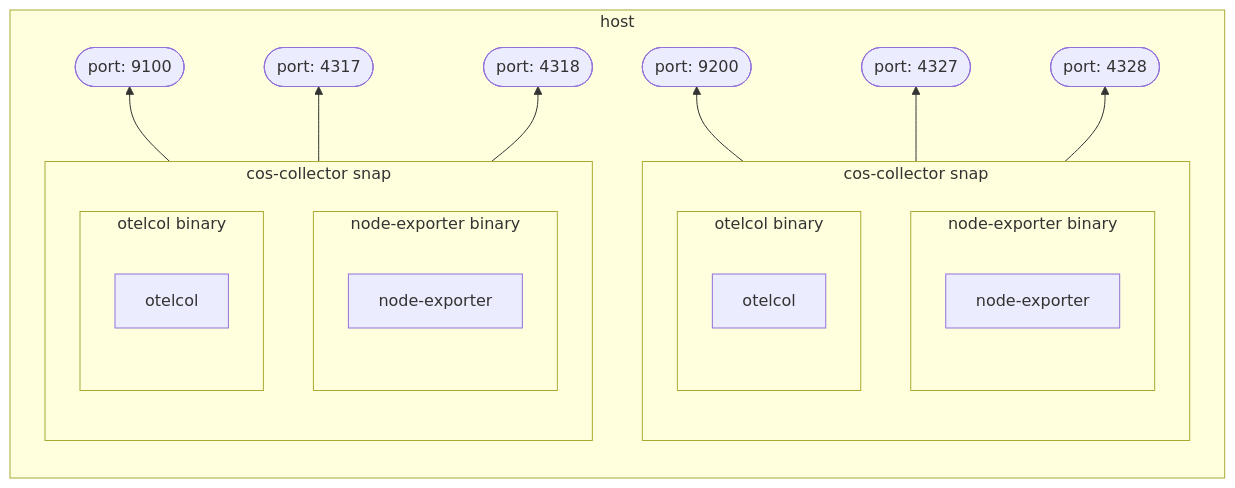
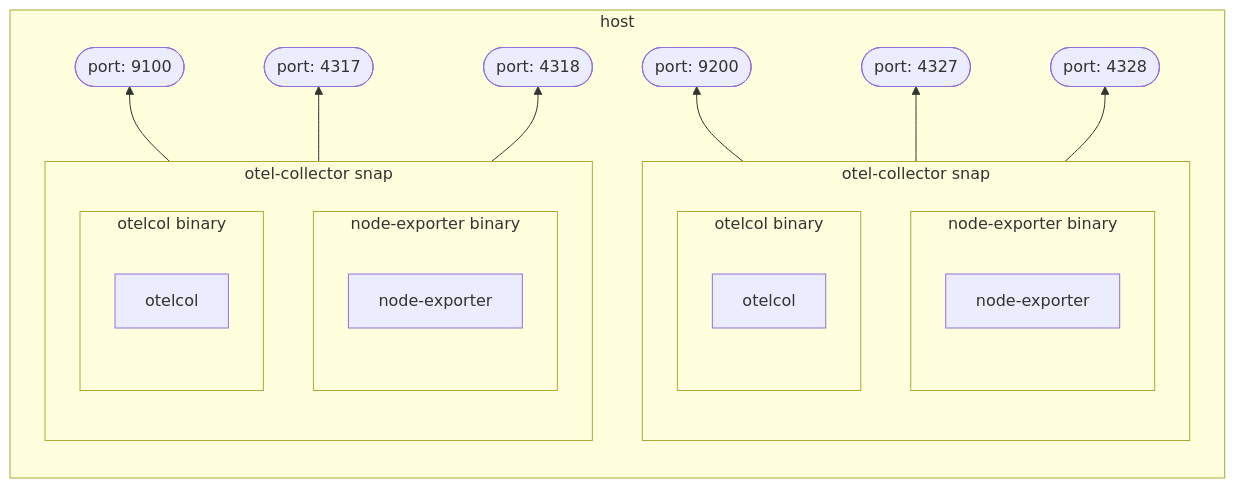
The second of 8 diagrams in decision-records/2025-03-20--node-exporter-otelcol-adr.md (canonical/observability), drawn with Mermaid before and after one commit. The commit also changed other lines of this file, not shown here.

Commit message:
cos-collector -> otel-collector

````diff
--- a/decision-records/2025-03-20--node-exporter-otelcol-adr.md
+++ b/decision-records/2025-03-20--node-exporter-otelcol-adr.md
@@ -81,41 +80,41 @@
 ```mermaid
 flowchart LR
 subgraph host
     direction BT
     port9100(["port: 9100"])
     port4317(["port: 4317"])
     port4318(["port: 4318"])
     port9200(["port: 9200"])
     port4327(["port: 4327"])
     port4328(["port: 4328"])
-    subgraph snap1["cos-collector snap"]
+    subgraph snap1["otel-collector snap"]
             direction BT
         subgraph binary1["node-exporter binary"]
             direction BT
             node-exporter1["node-exporter"]
         end
         subgraph binary2["otelcol binary"]
             direction BT
             otelcol1["otelcol"]
         end
     end
-    subgraph snap2["cos-collector snap"]
+    subgraph snap2["otel-collector snap"]
             direction BT
 
         subgraph binary3["node-exporter binary"]
             direction BT
             node-exporter2["node-exporter"]
         end
         subgraph binary4["otelcol binary"]
             direction BT
             otelcol2["otelcol"]
         end
     end
     node-exporter1 --> port9100
     otelcol1 --> port4317
     otelcol1 --> port4318
     node-exporter2 --> port9200
     otelcol2 --> port4327
     otelcol2 --> port4328
 end
 ```
````
